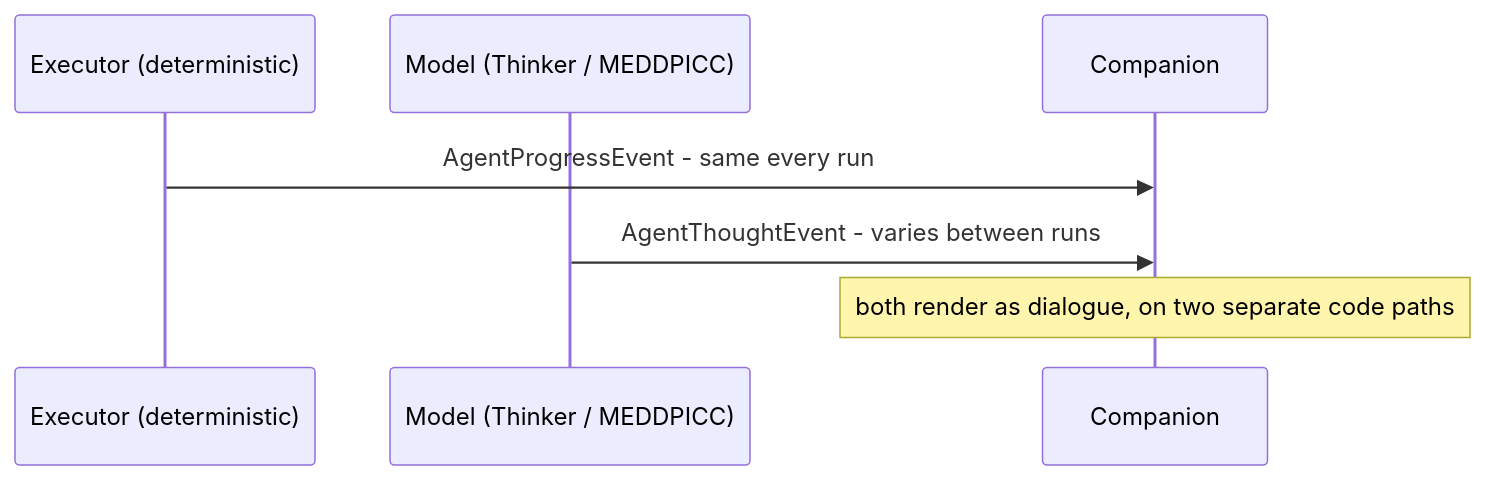
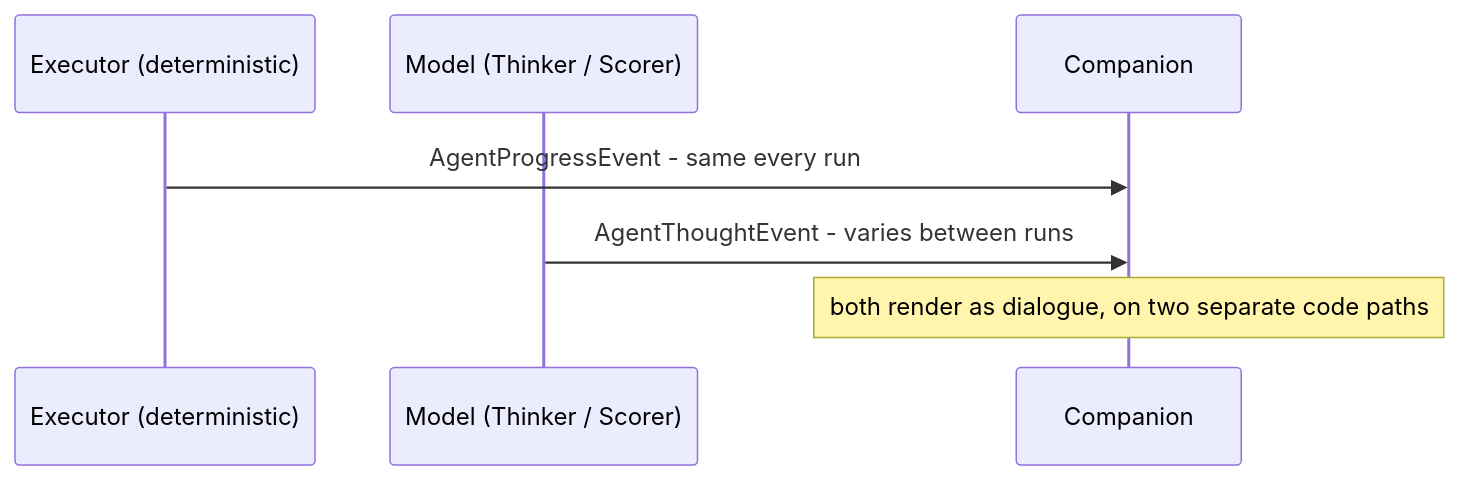
One commit to allandecastro/dataverse-agent-framework-sales changed the third of 3 diagrams in README.md. Above: the diagram before and after it, drawn with Mermaid. The commit also changed other lines of this file and 6 other files, not shown here.

First line of the commit message:
Rename the AE MEDDPICC agent to Scorer (a role, not a method)

````diff
--- a/README.md
+++ b/README.md
@@ -117,9 +117,9 @@
 ```mermaid
 sequenceDiagram
     participant E as Executor (deterministic)
-    participant M as Model (Thinker / MEDDPICC)
+    participant M as Model (Thinker / Scorer)
     participant C as Companion
     E->>C: AgentProgressEvent - same every run
     M->>C: AgentThoughtEvent - varies between runs
     Note over C: both render as dialogue, on two separate code paths
 ```
````
